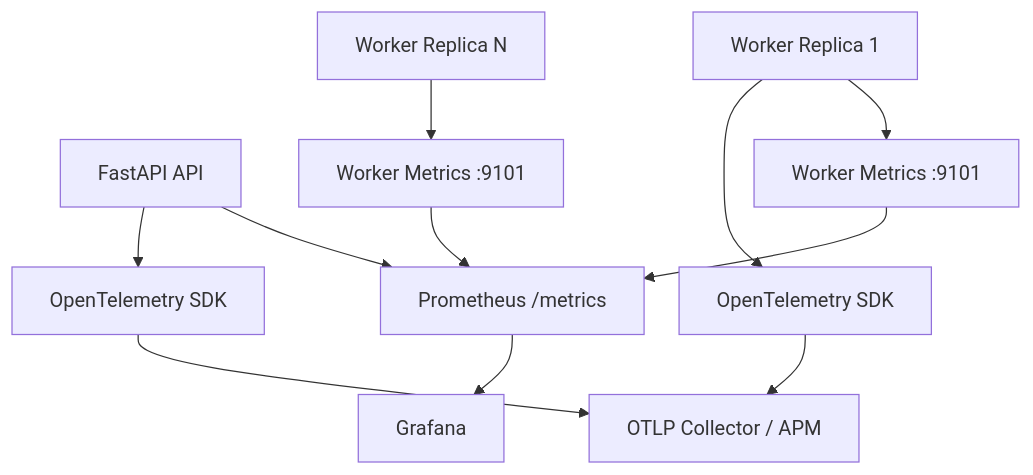
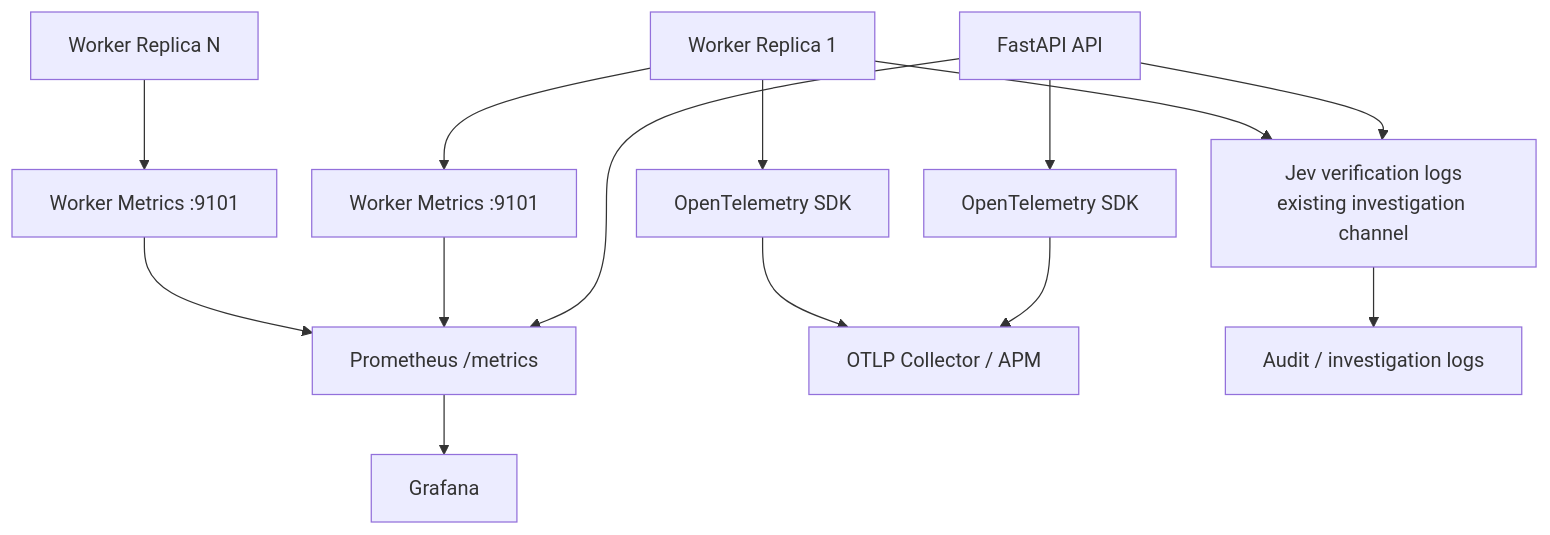
Before and after one commit to Dikshu015/RazorRisk-Agentic-AI-Payment-Fraud-Risk-Investigation-Platform: the diagram in docs/diagrams/observability.mmd, drawn with Mermaid.

Commit message:
Update observability diagram for Jev

```diff
--- a/docs/diagrams/observability.mmd
+++ b/docs/diagrams/observability.mmd
@@ -1,12 +1,15 @@
 %%{init: {'flowchart': {'nodeSpacing': 28, 'rankSpacing': 48}}}%%
 flowchart TB
     API[FastAPI API] --> PM[Prometheus /metrics]
     W1[Worker Replica 1] --> PW1[Worker Metrics :9101]
     WN[Worker Replica N] --> PWN[Worker Metrics :9101]
     PW1 --> PM
     PWN --> PM
     API --> OT[OpenTelemetry SDK]
     W1 --> OTW[OpenTelemetry SDK]
+    API --> JL[Jev verification logs<br/>existing investigation channel]
+    W1 --> JL
     OT --> COL[OTLP Collector / APM]
     OTW --> COL
     PM --> G[Grafana]
+    JL --> AUD[Audit / investigation logs]
```
